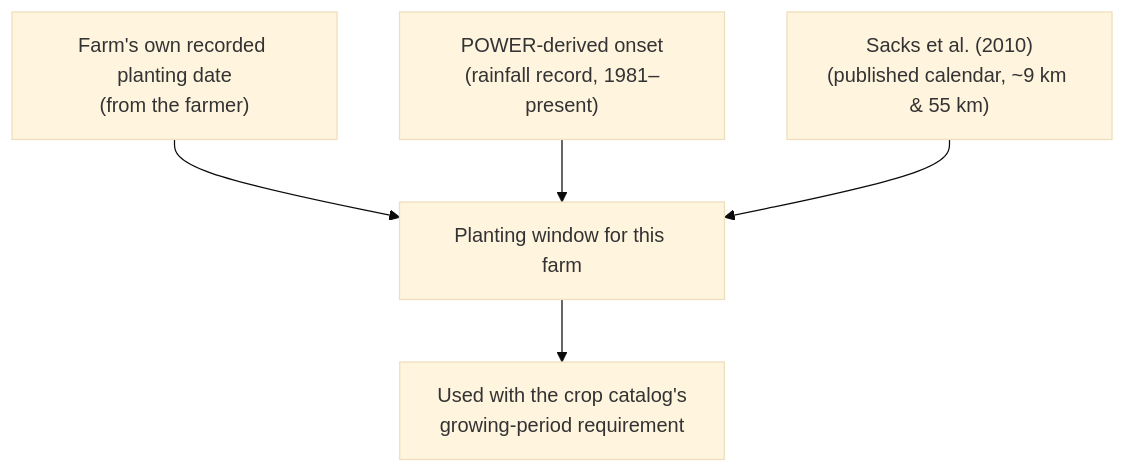
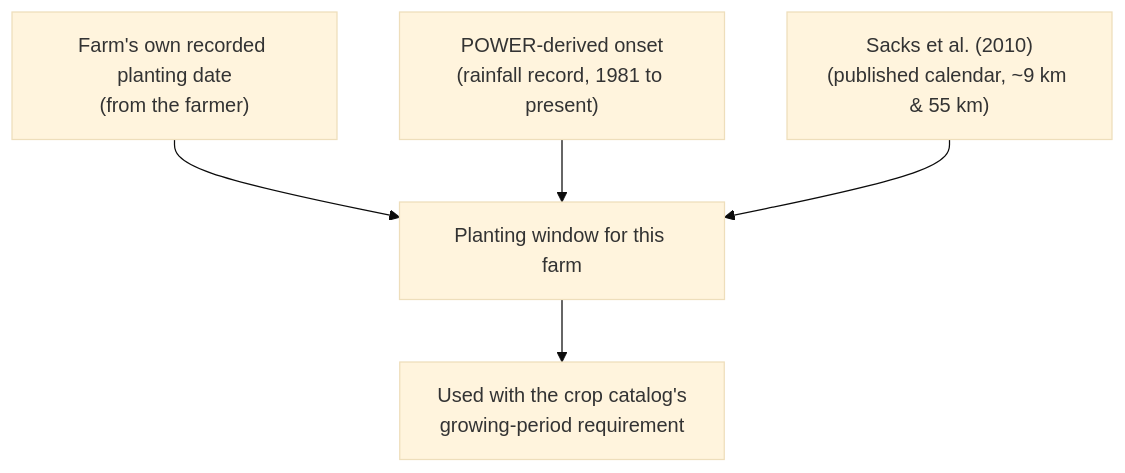
Before and after one commit to vip-ultr/dalashift: the diagram in docs/research/crop-calendars.md, drawn with Mermaid (base theme). The commit also changed other lines of this file and 62 other files, not shown here.

````diff
--- a/docs/research/crop-calendars.md
+++ b/docs/research/crop-calendars.md
@@ -28,8 +28,8 @@
 ```mermaid
 flowchart TB
     F["Farm's own recorded planting date<br/>(from the farmer)"] --> CAL
-    P["POWER-derived onset<br/>(rainfall record, 1981–present)"] --> CAL
+    P["POWER-derived onset<br/>(rainfall record, 1981 to present)"] --> CAL
     S["Sacks et al. (2010)<br/>(published calendar, ~9 km & 55 km)"] --> CAL
     CAL["Planting window for this farm"]
     CAL --> USE["Used with the crop catalog's<br/>growing-period requirement"]
 ```
````
